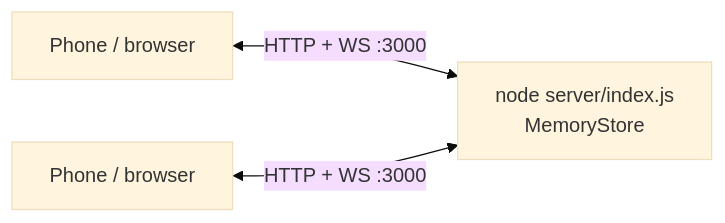
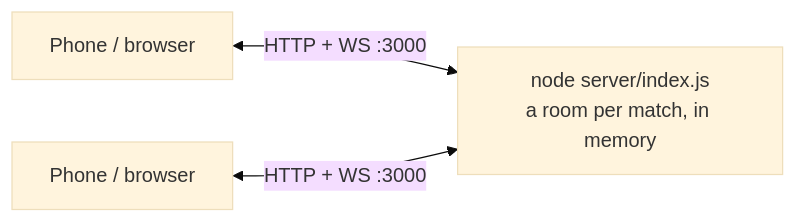
Before and after one commit to LucioD93/la-mesa: the second of 3 diagrams in README.md, drawn with Mermaid (base theme). The commit also changed other lines of this file and 31 other files, not shown here.

First line of the commit message:
Move to Cloudflare: each match a hibernating Durable Object (PartyServer)

````diff
--- a/README.md
+++ b/README.md
@@ -264,5 +265,5 @@
 ```mermaid
 flowchart LR
-  P1[Phone / browser] <-- "HTTP + WS :3000" --> N[node server/index.js<br/>MemoryStore]
+  P1[Phone / browser] <-- "HTTP + WS :3000" --> N[node server/index.js<br/>a room per match, in memory]
   P2[Phone / browser] <-- "HTTP + WS :3000" --> N
 ```
````
